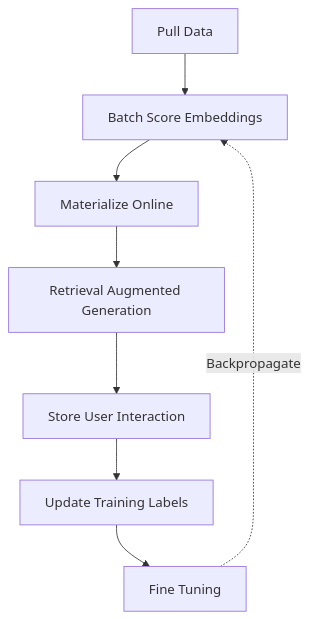
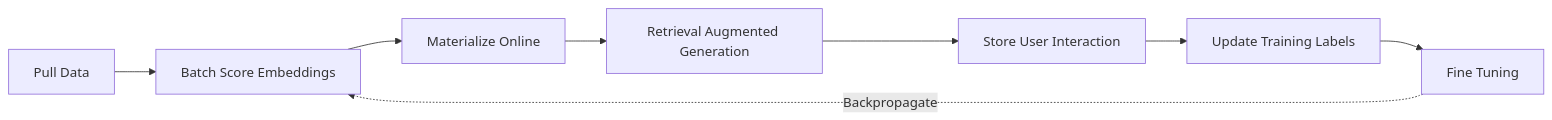
One commit to franciscojavierarceo/Python changed the diagram in demos/feast-rag/README.md. Above: the diagram before and after it, drawn with Mermaid.

````diff
--- a/demos/feast-rag/README.md
+++ b/demos/feast-rag/README.md
@@ -30,10 +30,10 @@
 ```mermaid
-flowchart TD;
+flowchart LR;
     A[Pull Data] --> B[Batch Score Embeddings];
     B[Batch Score Embeddings] --> C[Materialize Online];
     C[Materialize Online] --> D[Retrieval Augmented Generation];
     D[Retrieval Augmented Generation] --> E[Store User Interaction];
     E[Store User Interaction] --> F[Update Training Labels];
     F[Update Training Labels] --> H[Fine Tuning];
     H[Fine Tuning] -. Backpropagate .-> B[Batch Score Embeddings];
 ```
````
